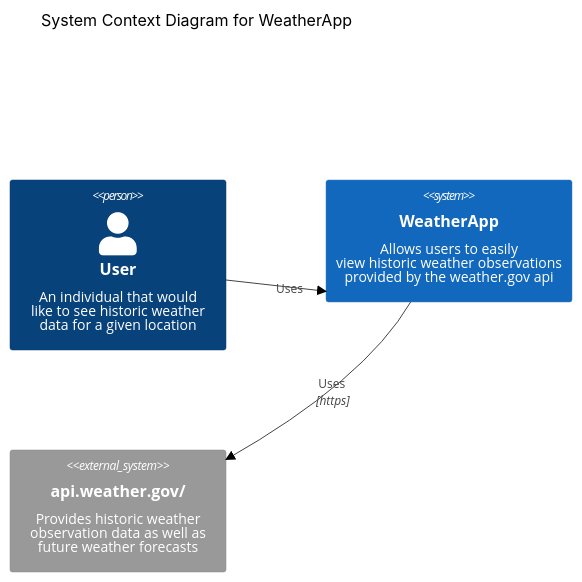
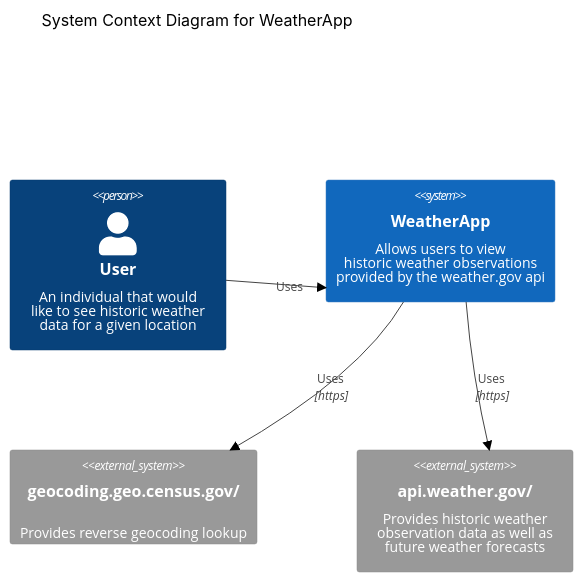
One commit to mkeshaw005/weather changed the first of 3 diagrams in README.md. Above: the diagram before and after it, drawn with Mermaid (forest theme). The commit also changed other lines of this file and 9 other files, not shown here.

````diff
--- a/README.md
+++ b/README.md
@@ -1,12 +21,14 @@
 ```mermaid
 
 C4Context
     
     title System Context Diagram for WeatherApp
     Person(user, "User", "An individual that would <br />like to see historic weather <br />data for a given location")
-    System(weather_app, "WeatherApp","Allows users to easily <br />view historic weather observations <br />provided by the weather.gov api")
+    System(weather_app, "WeatherApp","Allows users to view <br />historic weather observations <br />provided by the weather.gov api")
+    System_Ext(geocoding, "geocoding.geo.census.gov/", "Provides reverse geocoding lookup")
     System_Ext(NWSAPI, "api.weather.gov/", "Provides historic weather <br />observation data as well as <br />future weather forecasts")
     Rel(user, weather_app, "Uses")
+    Rel(weather_app, geocoding, "Uses", "https")
     Rel(weather_app, NWSAPI, "Uses", "https")
 
 ```
````
